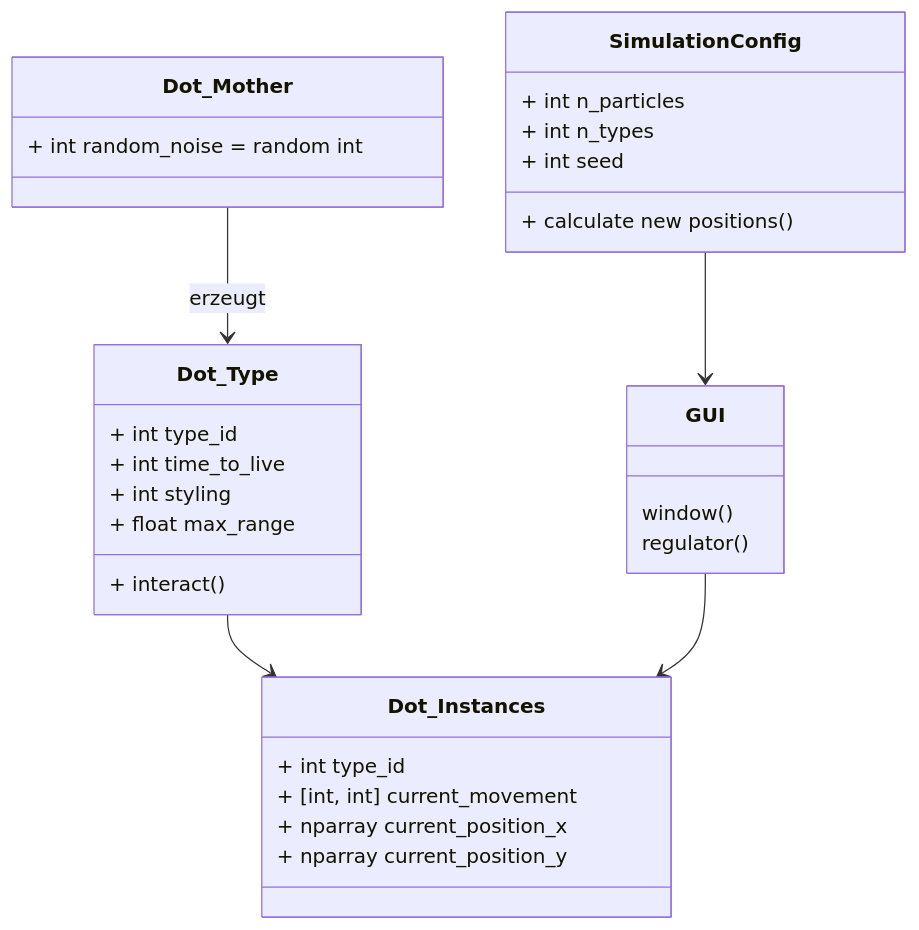
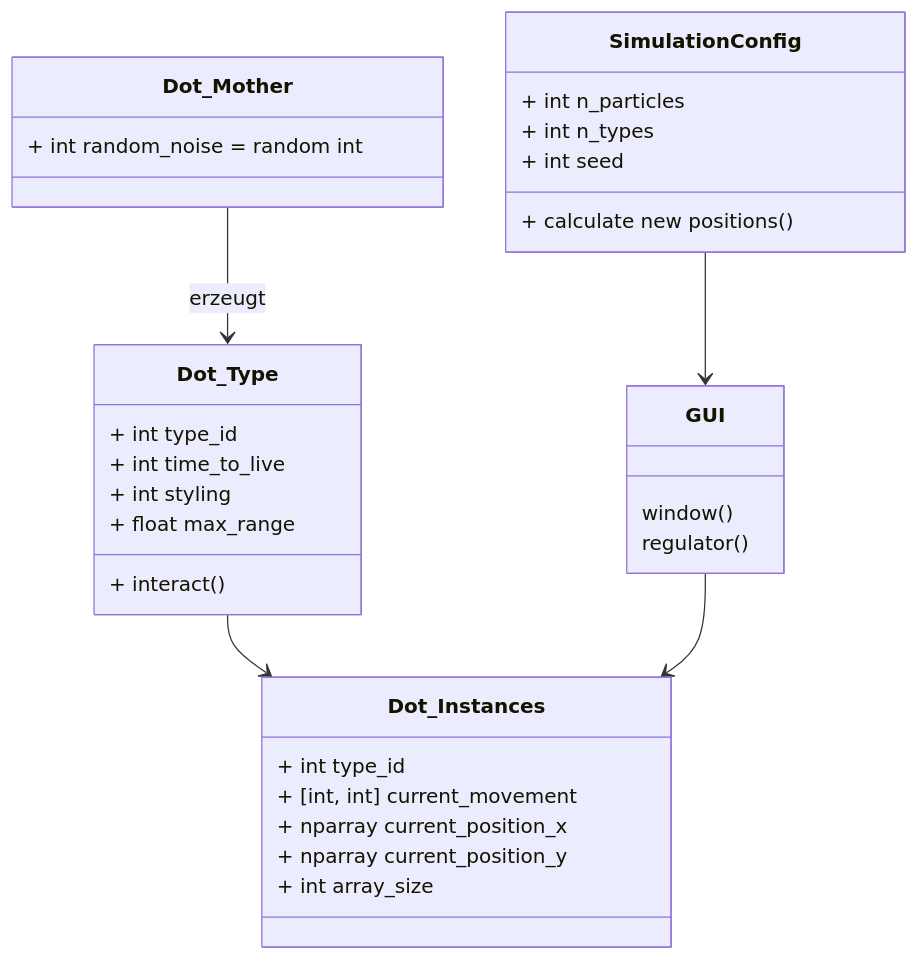
The diagram in docs/architecture.md (git-nny/emergent-bees), drawn with Mermaid before and after one commit. The commit also changed 2 other files, not shown here.

Commit message:
Doks sind erstmal feddisch

````diff
--- a/docs/architecture.md
+++ b/docs/architecture.md
@@ -5,44 +5,45 @@
 ``` mermaid
 classDiagram
 
     Dot_Mother --> Dot_Type : erzeugt
     Dot_Type --> Dot_Instances
     GUI --> Dot_Instances
     SimulationConfig --> GUI
 
     class Dot_Mother{
         + int random_noise = random int
     }
 
     class Dot_Type{
         + int type_id
         + interact()
         + int time_to_live
         + int styling
         + float max_range
     }
 
     class Dot_Instances{
         + int type_id
         + [int, int] current_movement
         + nparray current_position_x
         + nparray current_position_y
+        + int array_size
     } 
 
     class GUI{
         window()
         regulator()
 
     }
 
 
     class SimulationConfig{
 
             + int n_particles
             + int n_types
             + int seed
 
     + calculate new positions()
 
     }
 ```
````
